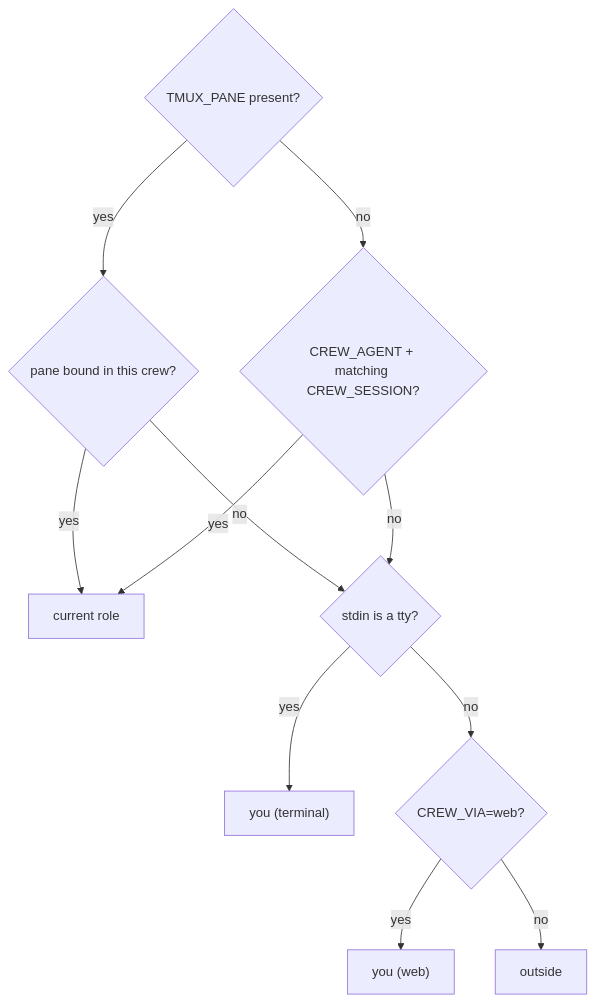
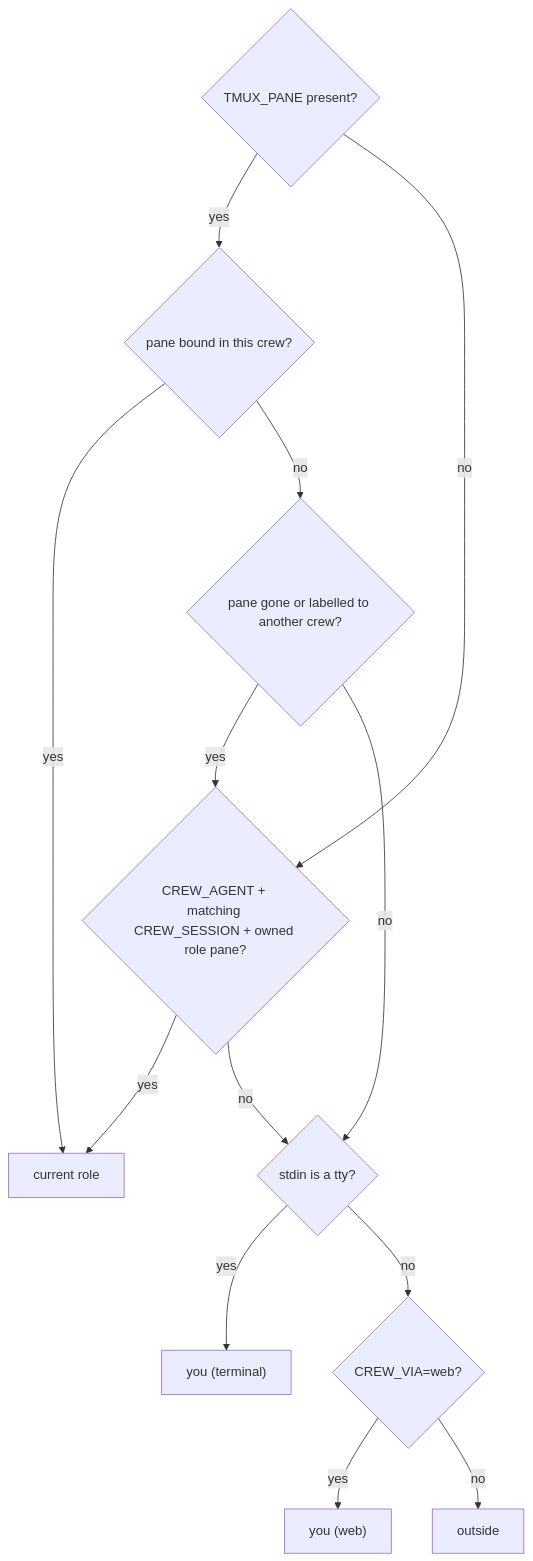
One commit to mifwar/crew changed the second of 2 diagrams in lode/cli/messaging.md. Above: the diagram before and after it, drawn with Mermaid. The commit also changed other lines of this file and 17 other files, not shown here.

````diff
--- a/lode/cli/messaging.md
+++ b/lode/cli/messaging.md
@@ -57,13 +59,15 @@
 ```mermaid
 flowchart TD
   a{TMUX_PANE present?} -- yes --> lookup{pane bound in this crew?}
   lookup -- yes --> role[current role]
-  lookup -- no --> c{"stdin is a tty?"}
-  a -- no --> b{CREW_AGENT + matching CREW_SESSION?}
+  lookup -- no --> missing{pane gone or labelled to another crew?}
+  missing -- yes --> b{CREW_AGENT + matching CREW_SESSION + owned role pane?}
+  missing -- no --> c{"stdin is a tty?"}
+  a -- no --> b
   b -- yes --> role
   b -- no --> c
   c -- yes --> term["you (terminal)"]
   c -- no --> d{CREW_VIA=web?}
   d -- yes --> web["you (web)"]
   d -- no --> out[outside]
 ```
````
